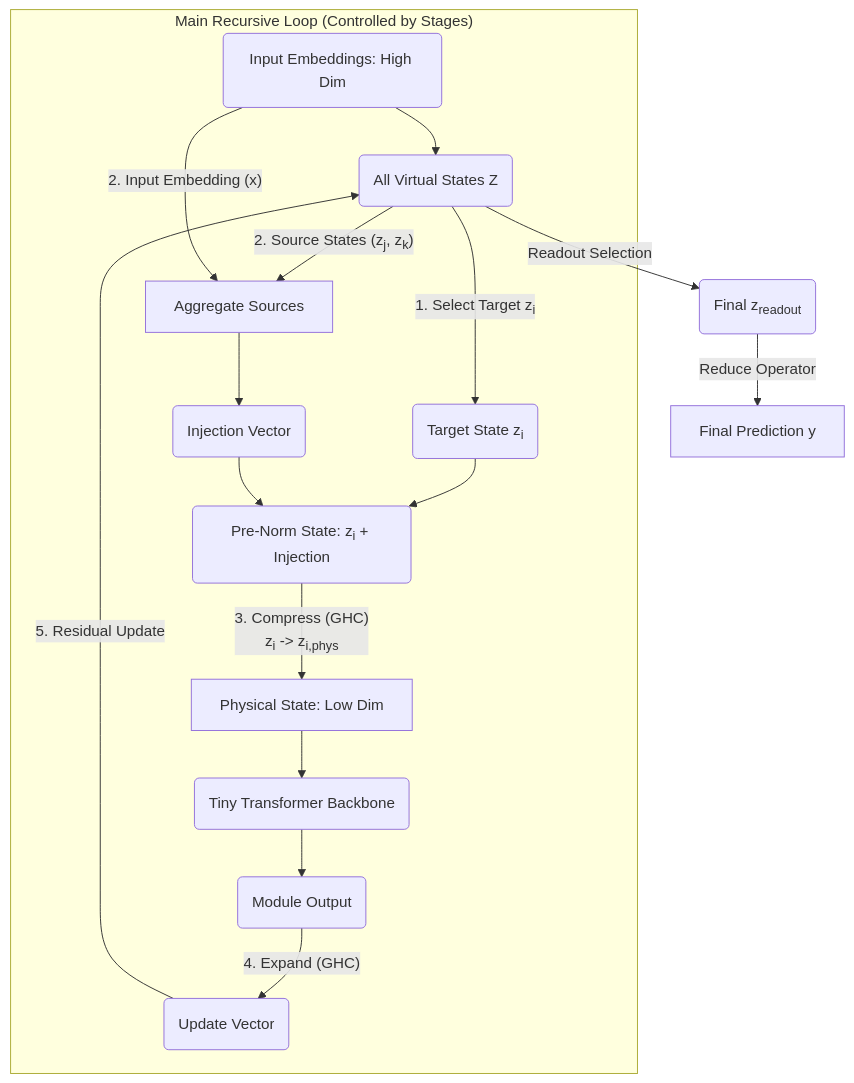
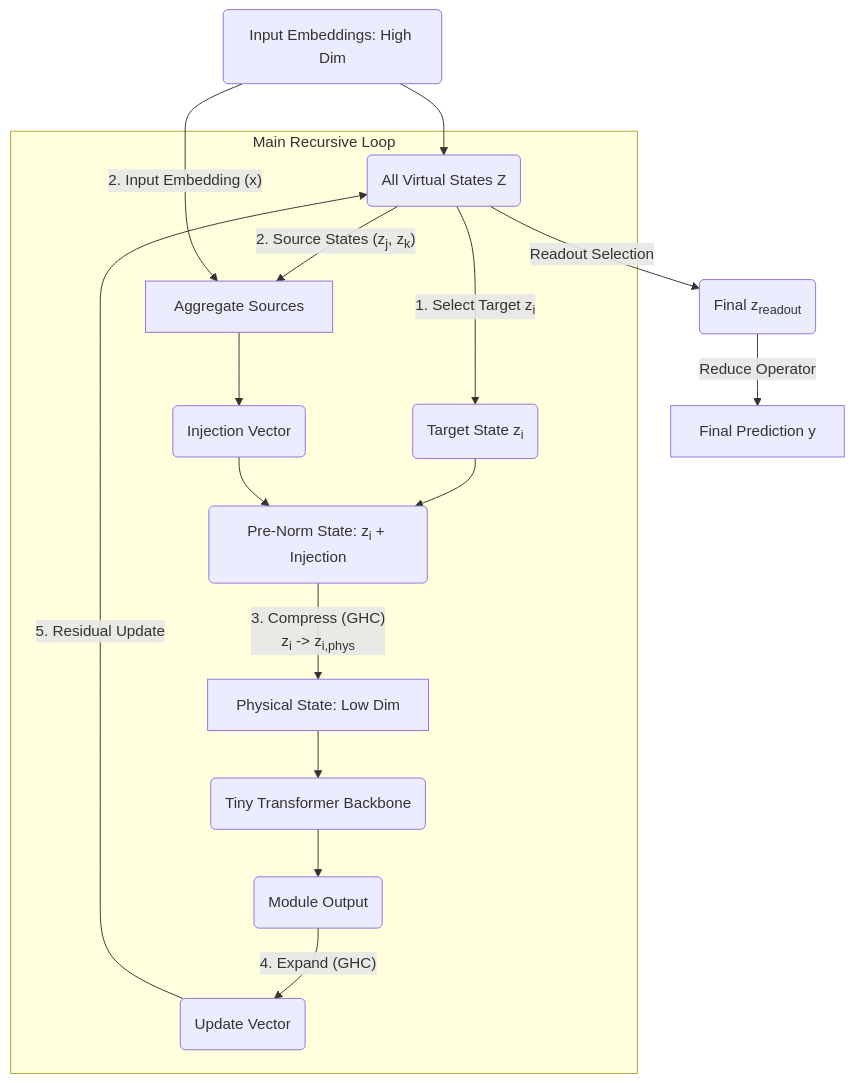
Before and after one commit to maxwell-gao/VirtualRecursiveNetwork: the diagram in README.md, drawn with Mermaid. The commit also changed other lines of this file, not shown here.

Commit message:
Refactor mermaid diagram in README for improved clarity and structure

````diff
--- a/README.md
+++ b/README.md
@@ -14,28 +14,24 @@
 ```mermaid
 graph TD
-    Input_Emb(Input Embeddings: High Dim) --> Z_Virtual_Set
-    
+    Input_Emb(Input Embeddings: High Dim)
     Z_Virtual_Set(All Virtual States Z)
-    
-    subgraph "Main Recursive Loop (Controlled by Stages)"
-        Z_Virtual_Set -- "1. Select Target z<sub>i</sub>" --> Current_zi(Target State z<sub>i</sub>)
-        
-        Z_Virtual_Set -- "2. Source States (z<sub>j</sub>, z<sub>k</sub>)" --> Aggregation[Aggregate Sources]
-        Input_Emb -- "2. Input Embedding (x)" --> Aggregation
-        
-        Aggregation --> Injection_Vector(Injection Vector)
-        
-        Current_zi --> Target_Update_Point
-        Injection_Vector --> Target_Update_Point
-        
-        Target_Update_Point(Pre-Norm State: z<sub>i</sub> + Injection) -- "3. Compress (GHC)<br>z<sub>i</sub> -> z<sub>i,phys</sub>" --> Z_Phys[Physical State: Low Dim]
-        Z_Phys --> Module(Tiny Transformer Backbone)
-        Module --> Z_Out(Module Output)
-        
-        Z_Out -- "4. Expand (GHC)" --> Z_Update(Update Vector)
-        Z_Update -- "5. Residual Update" --> Z_Virtual_Set
+
+    Input_Emb --> Z_Virtual_Set
+
+    subgraph "Main Recursive Loop"
+      Z_Virtual_Set -- "1. Select Target z<sub>i</sub>" --> Current_zi(Target State z<sub>i</sub>)
+      Z_Virtual_Set -- "2. Source States (z<sub>j</sub>, z<sub>k</sub>)" --> Aggregation[Aggregate Sources]
+      Aggregation --> Injection_Vector(Injection Vector)
+      Current_zi --> Target_Update_Point
+      Injection_Vector --> Target_Update_Point
+      Target_Update_Point(Pre-Norm State: z<sub>i</sub> + Injection) -- "3. Compress (GHC)<br>z<sub>i</sub> -> z<sub>i,phys</sub>" --> Z_Phys[Physical State: Low Dim]
+      Z_Phys --> Module(Tiny Transformer Backbone)
+      Module --> Z_Out(Module Output)
+      Z_Out -- "4. Expand (GHC)" --> Z_Update(Update Vector)
+      Z_Update -- "5. Residual Update" --> Z_Virtual_Set
     end
-    
+
+    Input_Emb -- "2. Input Embedding (x)" --> Aggregation
     Z_Virtual_Set -- "Readout Selection" --> Readout_State(Final z<sub>readout</sub>)
     Readout_State -- "Reduce Operator" --> Output[Final Prediction y]
 ```
````
